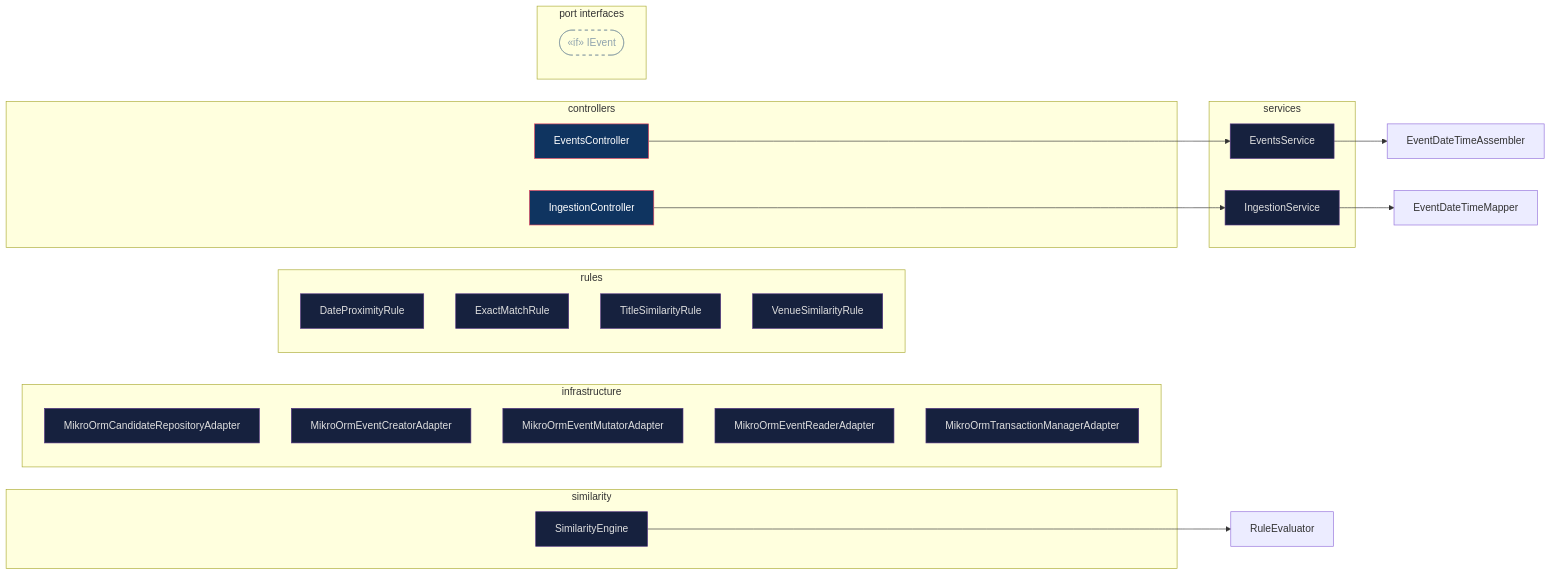
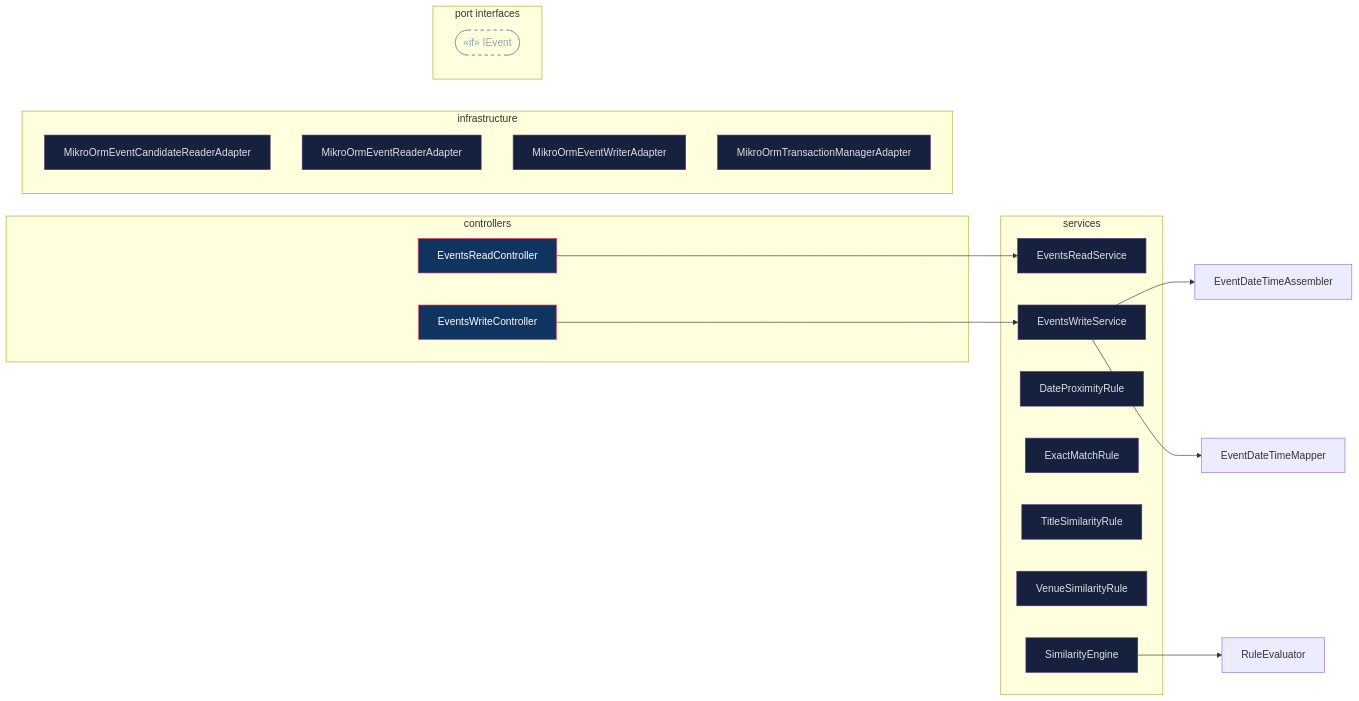
Before and after one commit to Phastboy/campuspulse: the second of 3 diagrams in docs/architecture.md, drawn with Mermaid. The commit also changed other lines of this file, not shown here.

Commit message:
docs(architecture): update diagrams with consolidated event module structure
· Remove IngestionModule from module graph (now part of EventsModule)
· Update controllers subgraph with EventsReadController and EventsWriteController
· Update services subgraph to include all rule classes and similarity engine
· Remove separate rules and similarity subgraphs in favor of consolidated services
· Update infrastructure adapters to reflect current names (EventCandidateReader, EventWriter)
· Add TextSimilarityRule to application layer diagram

````diff
--- a/docs/architecture.md
+++ b/docs/architecture.md
@@ -36,64 +33,56 @@
 ```mermaid
 graph LR
   %% Class-level dependency injection
   %% Solid arrow → direct dependency    Dashed arrow -.-> via port token
 
   subgraph controllers ["controllers"]
-    EventsController["EventsController"]
-    IngestionController["IngestionController"]
+    EventsReadController["EventsReadController"]
+    EventsWriteController["EventsWriteController"]
   end
 
   subgraph infrastructure ["infrastructure"]
-    MikroOrmCandidateRepositoryAdapter["MikroOrmCandidateRepositoryAdapter"]
-    MikroOrmEventCreatorAdapter["MikroOrmEventCreatorAdapter"]
-    MikroOrmEventMutatorAdapter["MikroOrmEventMutatorAdapter"]
+    MikroOrmEventCandidateReaderAdapter["MikroOrmEventCandidateReaderAdapter"]
     MikroOrmEventReaderAdapter["MikroOrmEventReaderAdapter"]
+    MikroOrmEventWriterAdapter["MikroOrmEventWriterAdapter"]
     MikroOrmTransactionManagerAdapter["MikroOrmTransactionManagerAdapter"]
   end
 
-  subgraph rules ["rules"]
+  subgraph services ["services"]
+    EventsReadService["EventsReadService"]
+    EventsWriteService["EventsWriteService"]
     DateProximityRule["DateProximityRule"]
     ExactMatchRule["ExactMatchRule"]
     TitleSimilarityRule["TitleSimilarityRule"]
     VenueSimilarityRule["VenueSimilarityRule"]
-  end
-
-  subgraph services ["services"]
-    EventsService["EventsService"]
-    IngestionService["IngestionService"]
-  end
-
-  subgraph similarity ["similarity"]
     SimilarityEngine["SimilarityEngine"]
   end
 
-  EventsController --> EventsService
-  IngestionController --> IngestionService
-  EventsService --> EventDateTimeAssembler
-  IngestionService --> EventDateTimeMapper
+  EventsReadController --> EventsReadService
+  EventsWriteController --> EventsWriteService
+  EventsWriteService --> EventDateTimeAssembler
+  EventsWriteService --> EventDateTimeMapper
   SimilarityEngine --> RuleEvaluator
 
   subgraph ports_sg ["port interfaces"]
     IEvent(["«if» IEvent"])
   end
 
   classDef ctrl  fill:#0f3460,stroke:#e94560,color:#fff
   classDef svc   fill:#16213e,stroke:#533483,color:#e0e0e0
   classDef infra fill:#1a1a2e,stroke:#2196f3,color:#b0bec5
   classDef port  fill:none,stroke:#78909c,color:#90a4ae,stroke-dasharray:5 5
-  class EventsController ctrl
-  class IngestionController ctrl
-  class MikroOrmCandidateRepositoryAdapter svc
-  class MikroOrmEventCreatorAdapter svc
-  class MikroOrmEventMutatorAdapter svc
+  class EventsReadController ctrl
+  class EventsWriteController ctrl
+  class MikroOrmEventCandidateReaderAdapter svc
   class MikroOrmEventReaderAdapter svc
+  class MikroOrmEventWriterAdapter svc
   class MikroOrmTransactionManagerAdapter svc
+  class EventsReadService svc
+  class EventsWriteService svc
   class DateProximityRule svc
   class ExactMatchRule svc
   class TitleSimilarityRule svc
   class VenueSimilarityRule svc
-  class EventsService svc
-  class IngestionService svc
   class SimilarityEngine svc
   class IEvent port
 ```
````
